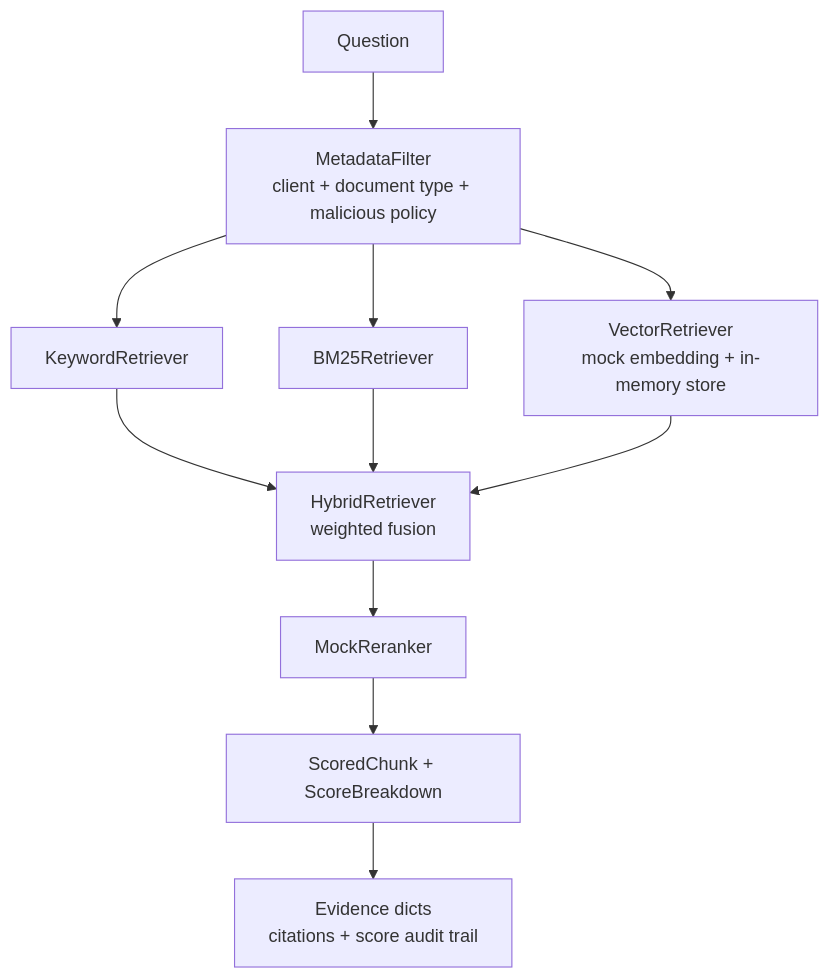
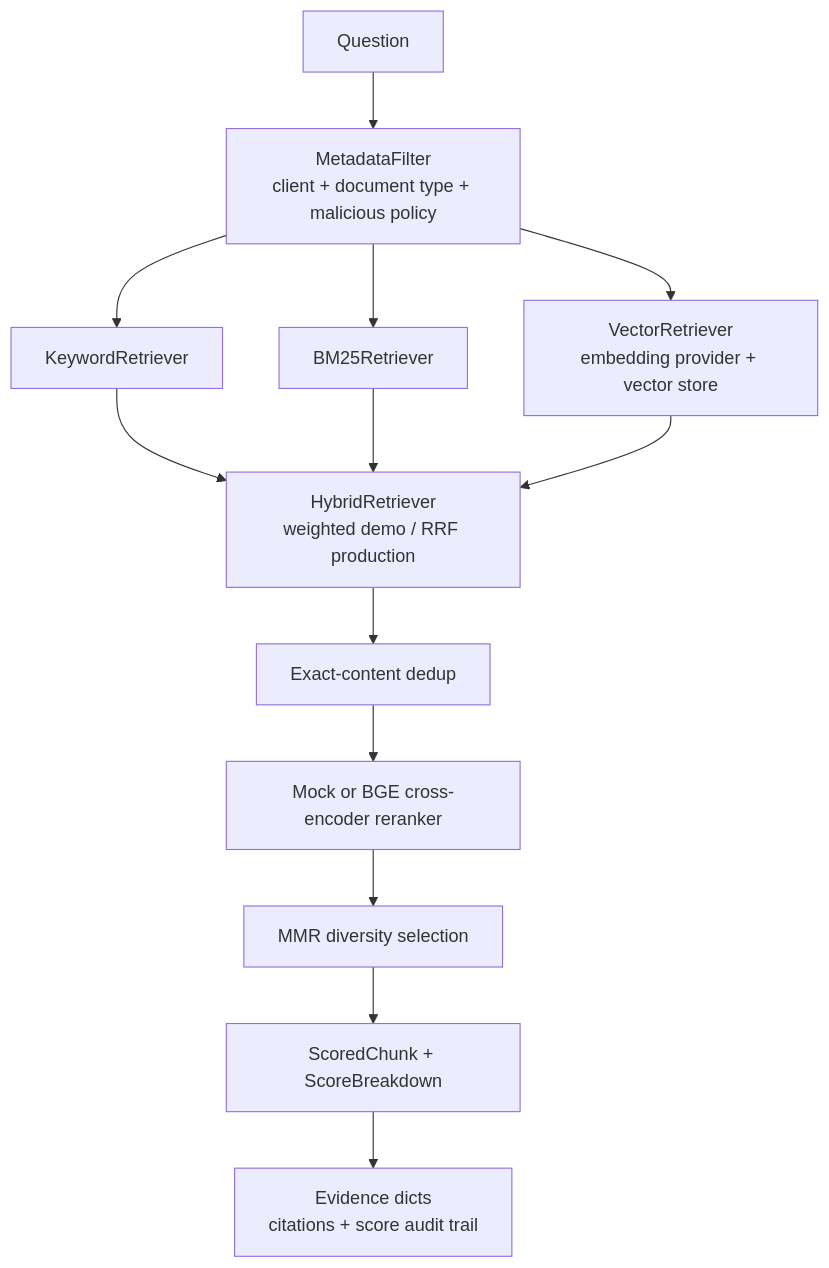
The third of 6 diagrams in docs/architecture.md (JassonG-xt/Trust-RAG-Accounting), drawn with Mermaid before and after one commit. The commit also changed other lines of this file and 41 other files, not shown here.

Commit message:
feat(retrieval): add production RRF MMR and BGE reranking (#29)

````diff
--- a/docs/architecture.md
+++ b/docs/architecture.md
@@ -82,13 +82,15 @@
 ```mermaid
 flowchart TD
     Q["Question"] --> FILTER["MetadataFilter<br/>client + document type + malicious policy"]
     FILTER --> KEY["KeywordRetriever"]
     FILTER --> BM25["BM25Retriever"]
-    FILTER --> VEC["VectorRetriever<br/>mock embedding + in-memory store"]
-    KEY --> HYBRID["HybridRetriever<br/>weighted fusion"]
+    FILTER --> VEC["VectorRetriever<br/>embedding provider + vector store"]
+    KEY --> HYBRID["HybridRetriever<br/>weighted demo / RRF production"]
     BM25 --> HYBRID
     VEC --> HYBRID
-    HYBRID --> RERANK["MockReranker"]
-    RERANK --> SCORED["ScoredChunk + ScoreBreakdown"]
+    HYBRID --> DEDUP["Exact-content dedup"]
+    DEDUP --> RERANK["Mock or BGE cross-encoder reranker"]
+    RERANK --> MMR["MMR diversity selection"]
+    MMR --> SCORED["ScoredChunk + ScoreBreakdown"]
     SCORED --> EVIDENCE["Evidence dicts<br/>citations + score audit trail"]
 ```
````
